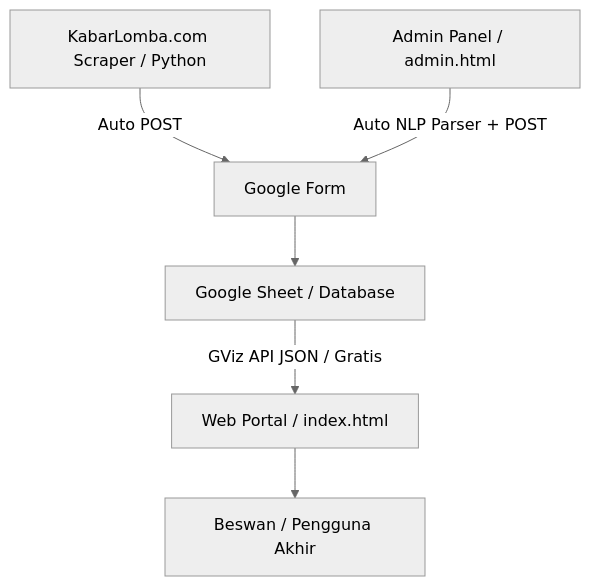
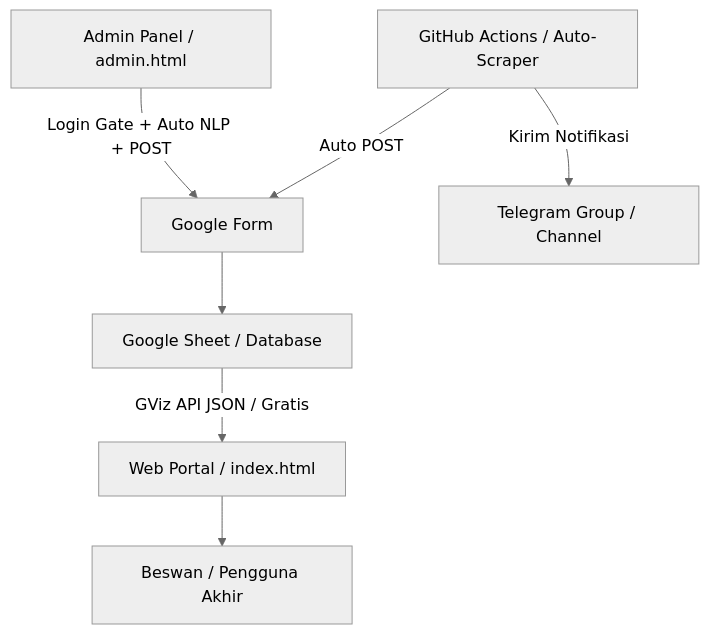
One commit to zidanLPTP/info-lomba-kse changed the diagram in README.md. Above: the diagram before and after it, drawn with Mermaid (neutral theme). The commit also changed other lines of this file, not shown here.

Commit message:
docs: Update README with new features and architecture details

````diff
--- a/README.md
+++ b/README.md
@@ -20,8 +20,9 @@
 ```mermaid
 graph TD
-    A[KabarLomba.com Scraper / Python] -- Auto POST --> B[Google Form]
-    C[Admin Panel / admin.html] -- Auto NLP Parser + POST --> B
+    A[GitHub Actions / Auto-Scraper] -- Auto POST --> B[Google Form]
+    C[Admin Panel / admin.html] -- Login Gate + Auto NLP + POST --> B
     B --> D[Google Sheet / Database]
     D -- GViz API JSON / Gratis --> E[Web Portal / index.html]
     E --> F[Beswan / Pengguna Akhir]
+    A -- Kirim Notifikasi --> G[Telegram Group / Channel]
 ```
````
